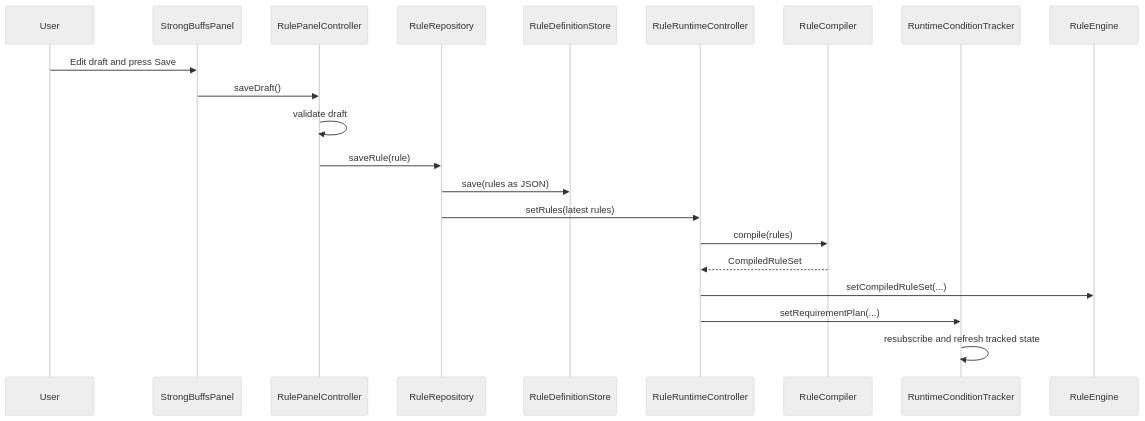
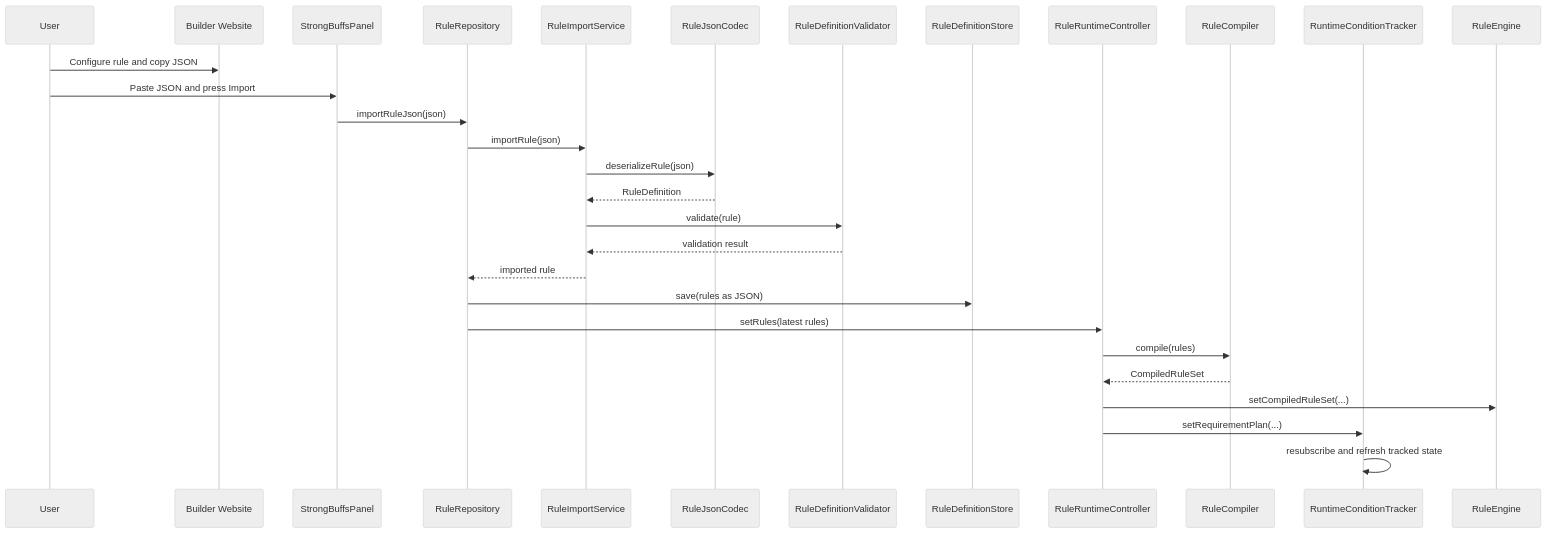
Before and after one commit to jessedezwart/strongbuffs: the second of 4 diagrams in README.md, drawn with Mermaid (neutral theme). The commit also changed other lines of this file and 21 other files, not shown here.

````diff
--- a/README.md
+++ b/README.md
@@ -171,24 +179,32 @@
 ```mermaid
 sequenceDiagram
 	participant U as User
+	participant W as Builder Website
 	participant P as StrongBuffsPanel
-	participant C as RulePanelController
 	participant R as RuleRepository
+	participant I as RuleImportService
+	participant J as RuleJsonCodec
+	participant V as RuleDefinitionValidator
 	participant S as RuleDefinitionStore
 	participant RTC as RuleRuntimeController
 	participant RC as RuleCompiler
 	participant T as RuntimeConditionTracker
 	participant E as RuleEngine
 
-	U->>P: Edit draft and press Save
-	P->>C: saveDraft()
-	C->>C: validate draft
-	C->>R: saveRule(rule)
+	U->>W: Configure rule and copy JSON
+	U->>P: Paste JSON and press Import
+	P->>R: importRuleJson(json)
+	R->>I: importRule(json)
+	I->>J: deserializeRule(json)
+	J-->>I: RuleDefinition
+	I->>V: validate(rule)
+	V-->>I: validation result
+	I-->>R: imported rule
 	R->>S: save(rules as JSON)
 	R->>RTC: setRules(latest rules)
 	RTC->>RC: compile(rules)
 	RC-->>RTC: CompiledRuleSet
 	RTC->>E: setCompiledRuleSet(...)
 	RTC->>T: setRequirementPlan(...)
 	T->>T: resubscribe and refresh tracked state
 ```
````
